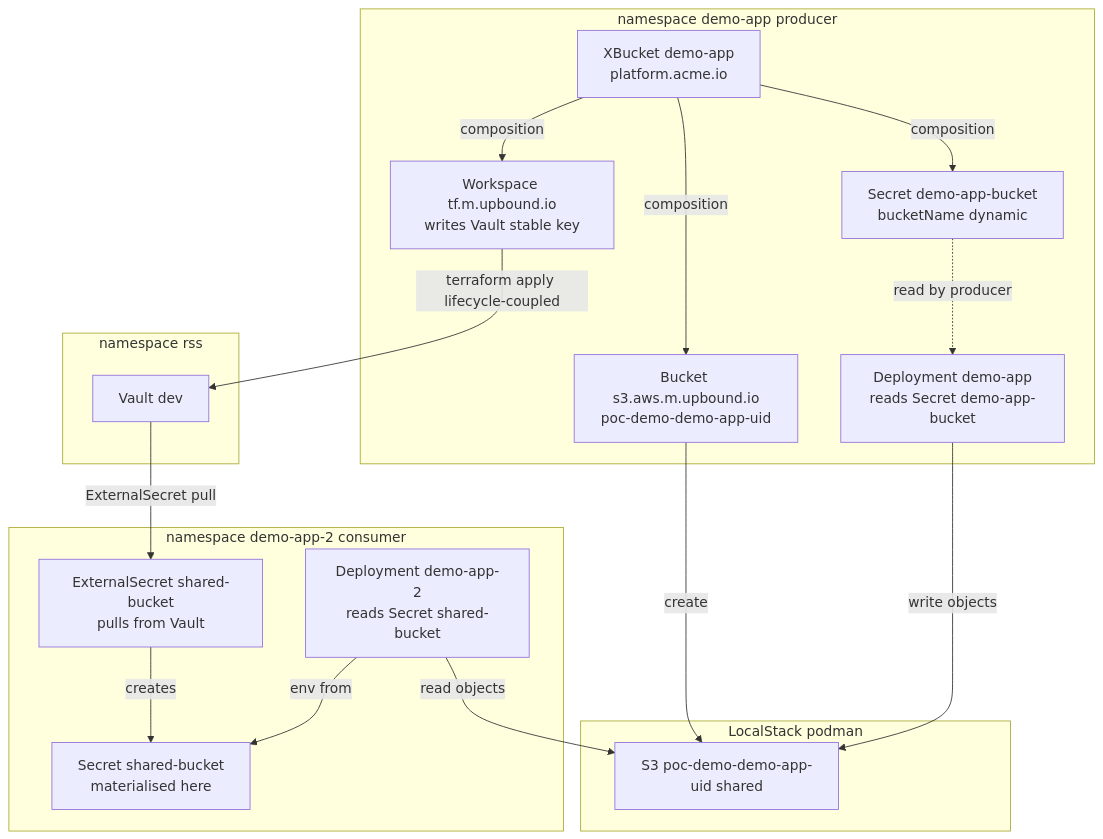
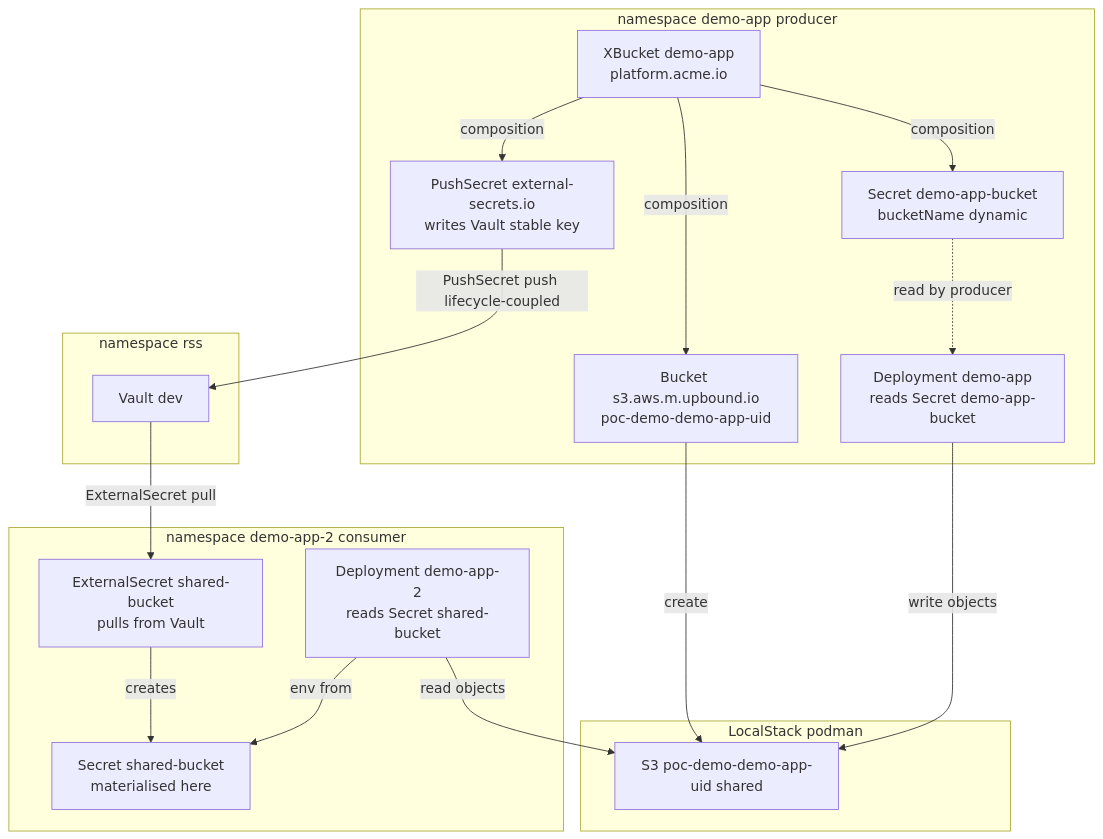
One commit to alfonzjanfrithz/crossplane-poc-v2 changed the diagram in README.md. Above: the diagram before and after it, drawn with Mermaid. The commit also changed other lines of this file and 11 other files, not shown here.

````diff
--- a/README.md
+++ b/README.md
@@ -58,32 +57,32 @@
 ```mermaid
 flowchart TD
   subgraph NS1["namespace demo-app producer"]
     APP["Deployment demo-app<br/>reads Secret demo-app-bucket"]
     XR["XBucket demo-app<br/>platform.acme.io"]
     BKT["Bucket s3.aws.m.upbound.io<br/>poc-demo-demo-app-uid"]
     SEC["Secret demo-app-bucket<br/>bucketName dynamic"]
-    WS["Workspace tf.m.upbound.io<br/>writes Vault stable key"]
+    PS["PushSecret external-secrets.io<br/>writes Vault stable key"]
   end
   subgraph NS2["namespace demo-app-2 consumer"]
     ES["ExternalSecret shared-bucket<br/>pulls from Vault"]
     SEC2["Secret shared-bucket<br/>materialised here"]
     APP2["Deployment demo-app-2<br/>reads Secret shared-bucket"]
   end
   XR -->|"composition"| BKT
   XR -->|"composition"| SEC
-  XR -->|"composition"| WS
+  XR -->|"composition"| PS
   SEC -.->|"read by producer"| APP
   subgraph LS["LocalStack podman"]
     S3["S3 poc-demo-demo-app-uid shared"]
   end
   BKT -->|"create"| S3
   APP -->|"write objects"| S3
   APP2 -->|"read objects"| S3
   subgraph RSS["namespace rss"]
     VAULT["Vault dev"]
   end
-  WS -->|"terraform apply lifecycle-coupled"| VAULT
+  PS -->|"PushSecret push lifecycle-coupled"| VAULT
   VAULT -->|"ExternalSecret pull"| ES
   ES -->|"creates"| SEC2
   APP2 -->|"env from"| SEC2
 ```
````
